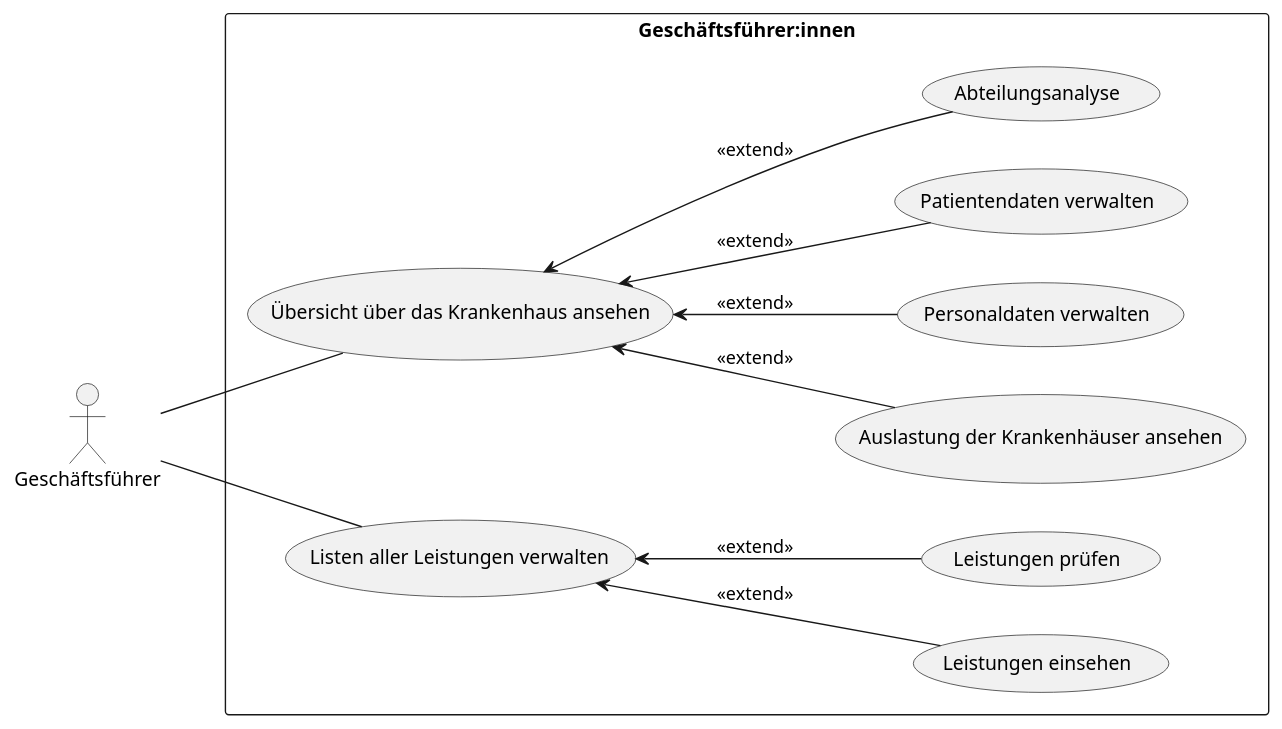
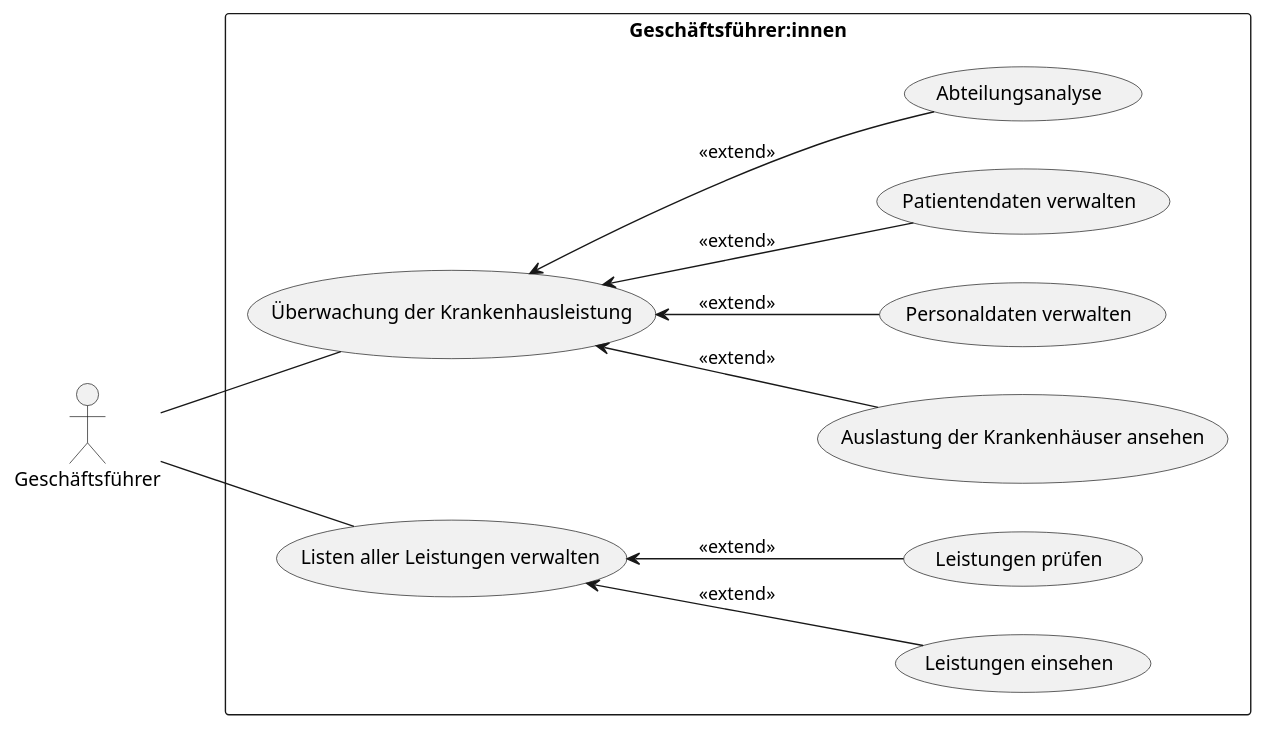
Before and after one commit to helenlaible/ss23-kba-project: the seventh of 9 diagrams in docs/2_planning/1_business_use_cases.md, drawn with PlantUML. The commit also changed other lines of this file, not shown here.

````diff
--- a/docs/2_planning/1_business_use_cases.md
+++ b/docs/2_planning/1_business_use_cases.md
@@ -238,22 +137,22 @@
 ```plantuml
 @startuml
 left to right direction
 actor Geschäftsführer
 
 rectangle "Geschäftsführer:innen" {
-  (Übersicht über das Krankenhaus ansehen) as UC1
+  (Überwachung der Krankenhausleistung) as UC1
   (Listen aller Leistungen verwalten) as UC2
 
   UC2 <-- (Leistungen einsehen) : <<extend>>
   UC2 <-- (Leistungen prüfen) : <<extend>>
 
   UC1 <-- (Auslastung der Krankenhäuser ansehen) : <<extend>>
   UC1 <-- (Personaldaten verwalten) : <<extend>>
   UC1 <-- (Patientendaten verwalten) : <<extend>>
   UC1 <-- (Abteilungsanalyse) : <<extend>>
 }
 
 Geschäftsführer -- UC1
 Geschäftsführer --UC2
 @enduml
 ```
````
